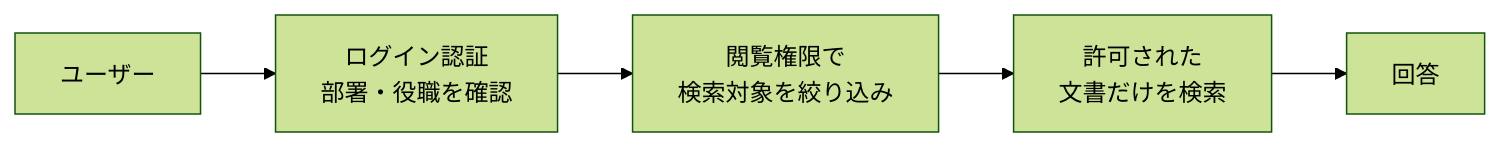
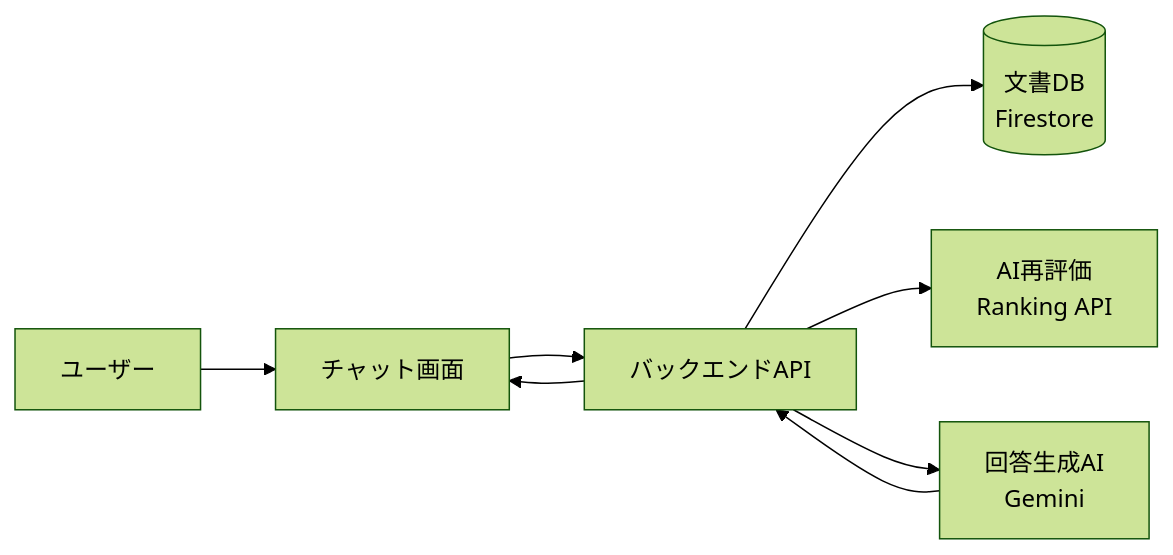
One commit to ishimori/poc_rag_gcp_public changed the third of 6 diagrams in doc/presentation/20260320/project-overview.md. Above: the diagram before and after it, drawn with Mermaid (forest theme). The commit also changed other lines of this file and 8 other files, not shown here.

````diff
--- a/doc/presentation/20260320/project-overview.md
+++ b/doc/presentation/20260320/project-overview.md
@@ -129,7 +116,9 @@
 ```mermaid
 graph LR
-    U[ユーザー] --> Auth[ログイン認証<br/>部署・役職を確認]
-    Auth --> Filter[閲覧権限で<br/>検索対象を絞り込み]
-    Filter --> Search[許可された<br/>文書だけを検索]
-    Search --> Answer[回答]
+    User[ユーザー] --> UI[チャット画面]
+    UI --> API[バックエンドAPI]
+    API --> DB[(文書DB<br/>Firestore)]
+    API --> Rank[AI再評価<br/>Ranking API]
+    API --> LLM[回答生成AI<br/>Gemini]
+    LLM --> API --> UI
 ```
````
